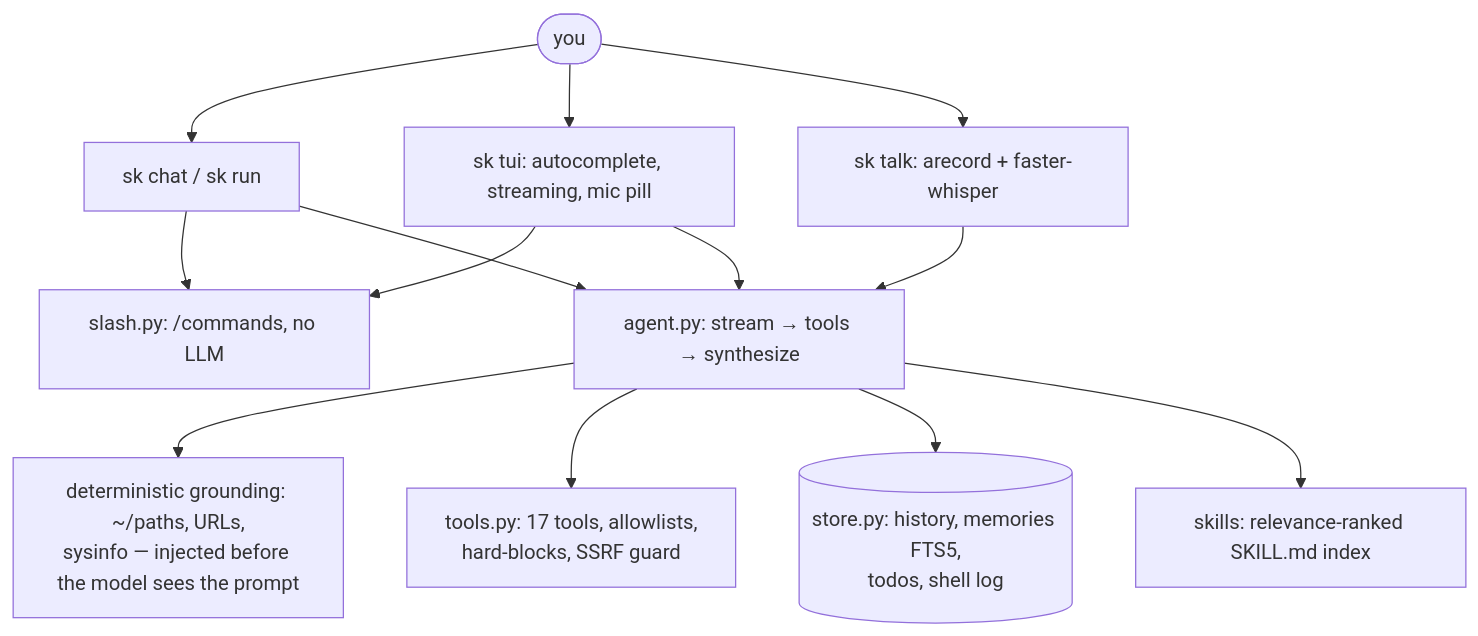
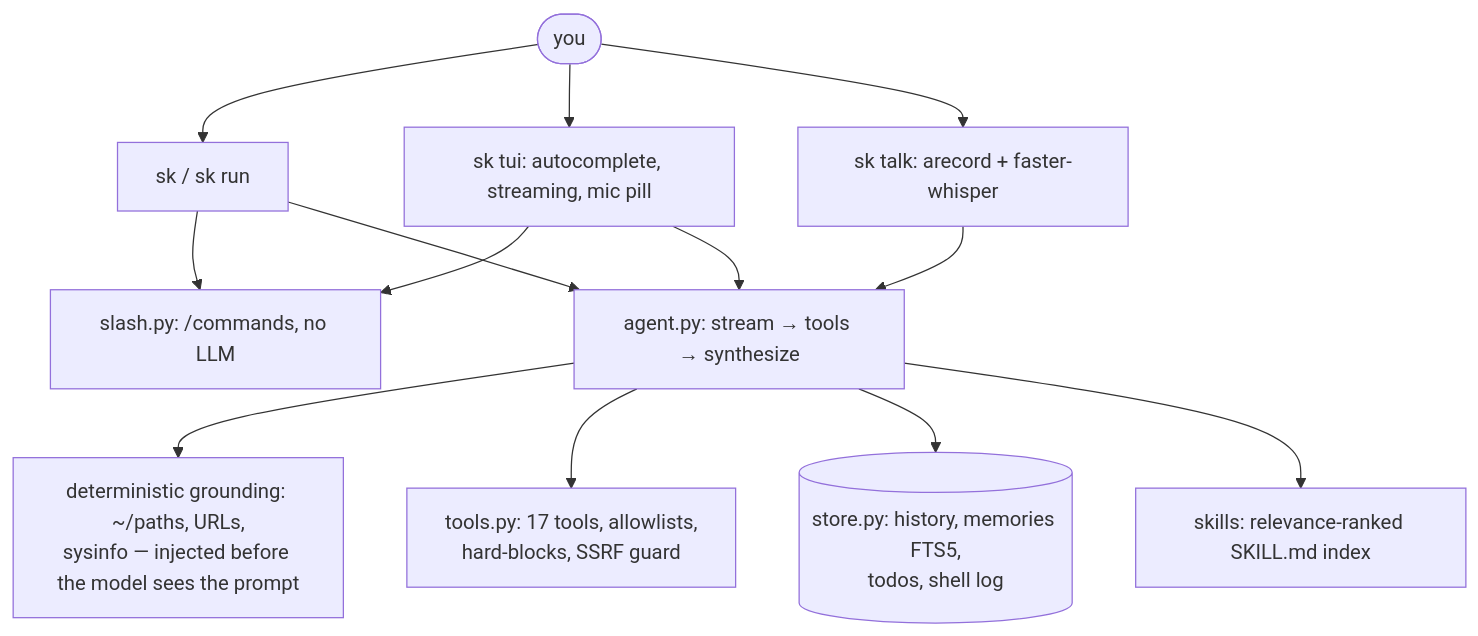
One commit to Faisal-Fayaz/sidekick changed the diagram in README.md. Above: the diagram before and after it, drawn with Mermaid. The commit also changed other lines of this file and 2 other files, not shown here.

First line of the commit message:
feat: bare sk launches TUI; chat repositioned as fallback

````diff
--- a/README.md
+++ b/README.md
@@ -147,15 +148,15 @@
 ```mermaid
 flowchart TB
-    U([you]) --> CLI[sk chat / sk run]
+    U([you]) --> CLI[sk / sk run]
     U --> TUI[sk tui: autocomplete, streaming, mic pill]
     U --> VOICE[sk talk: arecord + faster-whisper]
     CLI --> SLASH[slash.py: /commands, no LLM]
     TUI --> SLASH
     VOICE --> AGENT
     CLI --> AGENT[agent.py: stream → tools → synthesize]
     TUI --> AGENT
     AGENT --> GROUND[deterministic grounding: ~/paths, URLs,\nsysinfo — injected before the model sees the prompt]
     AGENT --> TOOLS[tools.py: 17 tools, allowlists,\nhard-blocks, SSRF guard]
     AGENT --> MEM[(store.py: history, memories FTS5,\ntodos, shell log)]
     AGENT --> SKILLS[skills: relevance-ranked SKILL.md index]
 ```
````
